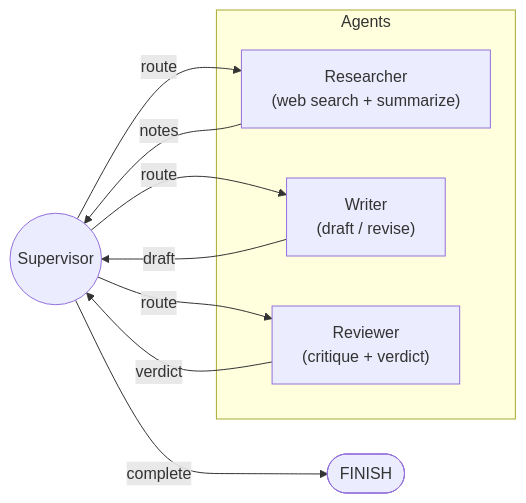
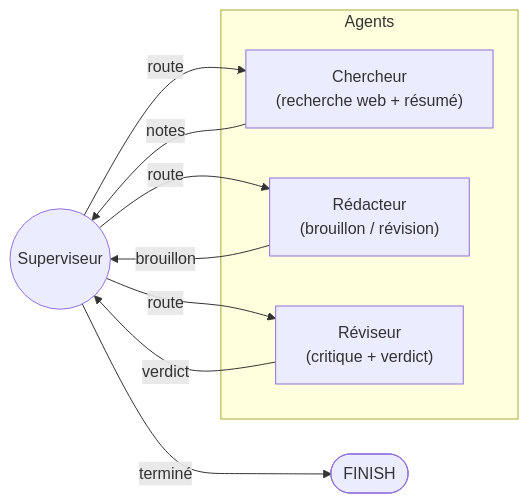
One commit to BellaghFatmaAzahra/AutonomousResearchAgent changed the diagram in README.md. Above: the diagram before and after it, drawn with Mermaid. The commit also changed other lines of this file and 8 other files, not shown here.

Commit message:
corrections graph, config

````diff
--- a/README.md
+++ b/README.md
@@ -7,18 +7,18 @@
 ```mermaid
 flowchart LR
-    SUP((Supervisor))
+    SUP((Superviseur))
 
     subgraph Agents
-        RES["Researcher\n(web search + summarize)"]
-        WRI["Writer\n(draft / revise)"]
-        REV["Reviewer\n(critique + verdict)"]
+        RES["Chercheur\n(recherche web + résumé)"]
+        WRI["Rédacteur\n(brouillon / révision)"]
+        REV["Réviseur\n(critique + verdict)"]
     end
 
     SUP -->|route| RES
     SUP -->|route| WRI
     SUP -->|route| REV
     RES -->|notes| SUP
-    WRI -->|draft| SUP
+    WRI -->|brouillon| SUP
     REV -->|verdict| SUP
-    SUP -->|complete| FIN([FINISH])
+    SUP -->|terminé| FIN([FINISH])
 ```
````
